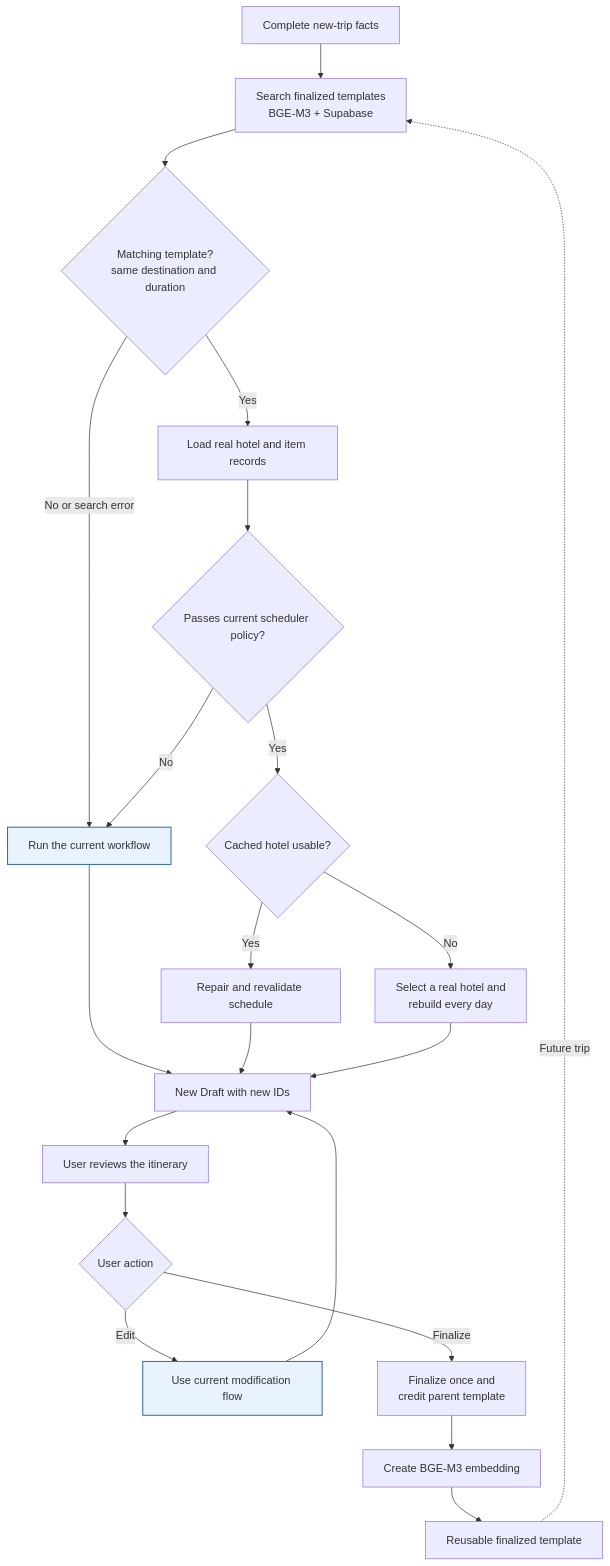
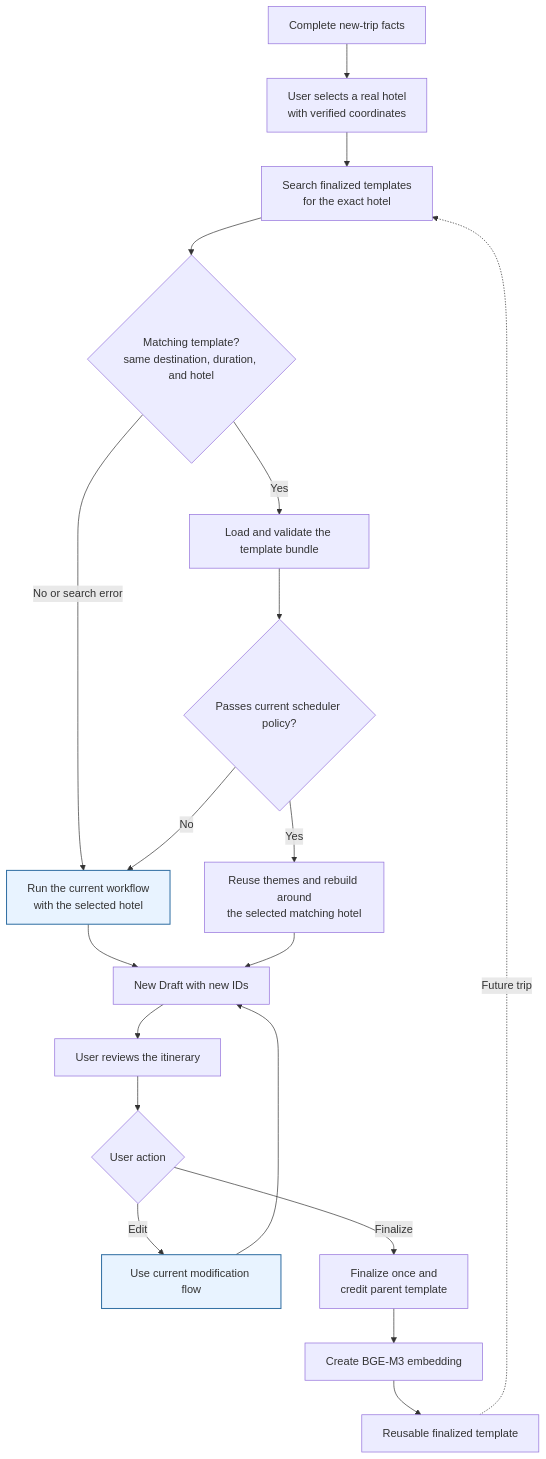
Before and after one commit to 0infinitive0/VSF-Intern-project: the second of 4 diagrams in docs/architecture/agent_workflow_and_semantic_search_stack.md, drawn with Mermaid. The commit also changed other lines of this file and 21 other files, not shown here.

First line of the commit message:
feat: enhance itinerary matching with hotel filtering

````diff
--- a/docs/architecture/agent_workflow_and_semantic_search_stack.md
+++ b/docs/architecture/agent_workflow_and_semantic_search_stack.md
@@ -51,27 +53,25 @@
 ```mermaid
 flowchart TD
-    A["Complete new-trip facts"] --> S["Search finalized templates<br/>BGE-M3 + Supabase"]
-    S --> M{"Matching template?<br/>same destination and duration"}
-    M -->|"No or search error"| N["Run the current workflow"]
-    M -->|"Yes"| L["Load real hotel and item records"]
+    A["Complete new-trip facts"] --> C["User selects a real hotel<br/>with verified coordinates"]
+    C --> S["Search finalized templates<br/>for the exact hotel"]
+    S --> M{"Matching template?<br/>same destination, duration, and hotel"}
+    M -->|"No or search error"| N["Run the current workflow<br/>with the selected hotel"]
+    M -->|"Yes"| L["Load and validate the template bundle"]
     L --> V{"Passes current scheduler policy?"}
     V -->|"No"| N
-    V -->|"Yes"| H{"Cached hotel usable?"}
-    H -->|"Yes"| R["Repair and revalidate schedule"]
-    H -->|"No"| B["Select a real hotel and<br/>rebuild every day"]
+    V -->|"Yes"| R["Reuse themes and rebuild around<br/>the selected matching hotel"]
 
     N --> D["New Draft with new IDs"]
     R --> D
-    B --> D
     D --> O["User reviews the itinerary"]
     O --> U{"User action"}
     U -->|"Edit"| E["Use current modification flow"]
     E --> D
     U -->|"Finalize"| F["Finalize once and<br/>credit parent template"]
     F --> G["Create BGE-M3 embedding"]
     G --> T["Reusable finalized template"]
     T -.->|"Future trip"| S
 
     classDef current fill:#e8f3ff,stroke:#3572a5,stroke-width:1.5px;
     class N,E current;
 ```
````
